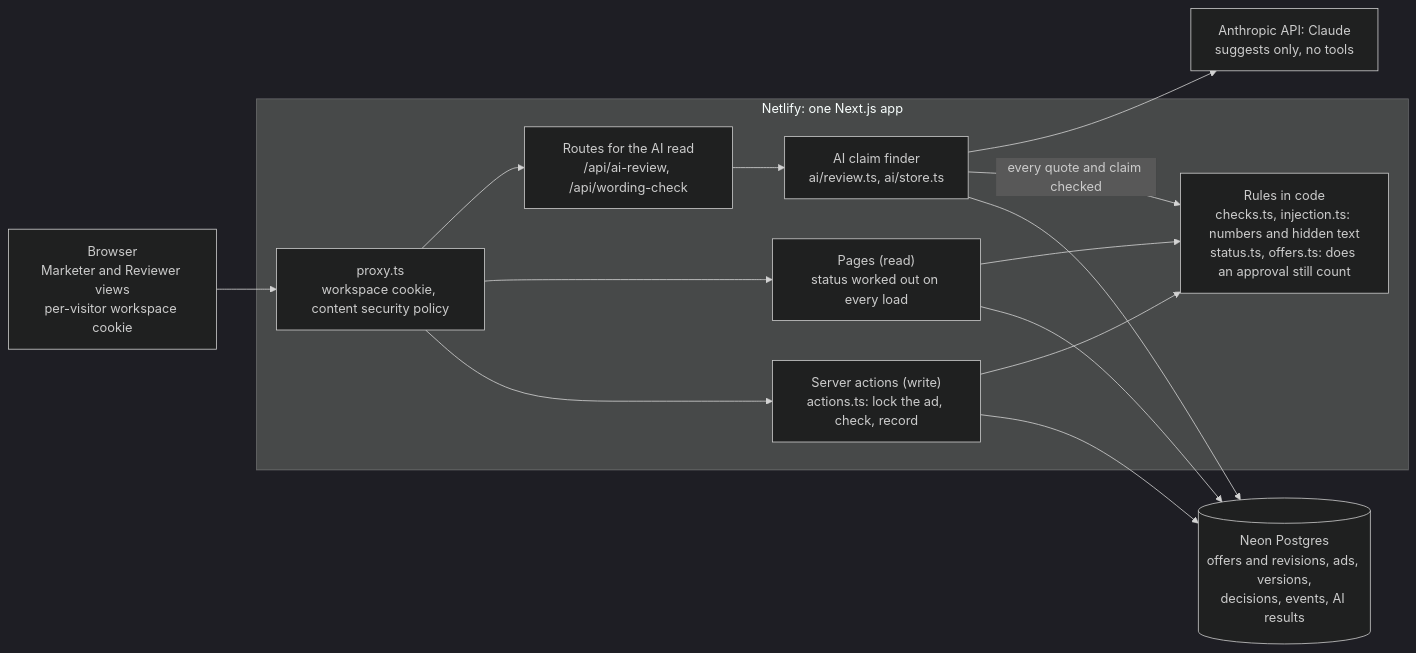
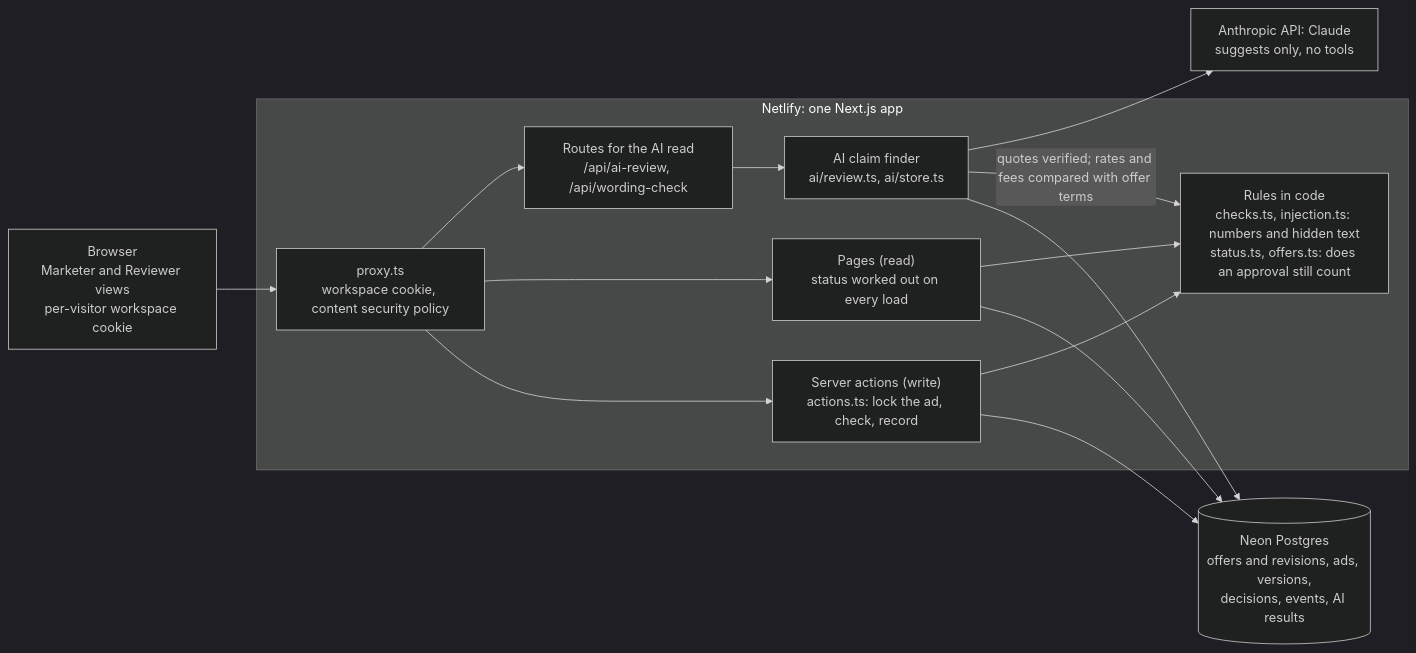
One commit to TesCoder/clearpath-review-desk changed the diagram in README.md. Above: the diagram before and after it, drawn with Mermaid (dark theme). The commit also changed other lines of this file, not shown here.

Commit message:
Say exactly what code checks in the model's output
The diagram's arrow from the AI claim finder read "every quote and claim
checked". Code does two narrower things: it confirms each quoted passage is
in the ad, and it compares rates and fees with the offer terms. Wording
such as "everyone qualifies" is still the reviewer's to judge. The arrow
and the sentence under the diagram now say that. README only.

````diff
--- a/README.md
+++ b/README.md
@@ -269,25 +269,25 @@
 ```mermaid
 flowchart LR
   B["Browser<br/>Marketer and Reviewer views<br/>per-visitor workspace cookie"]
   LLM["Anthropic API: Claude<br/>suggests only, no tools"]
   subgraph N["Netlify: one Next.js app"]
     P["proxy.ts<br/>workspace cookie, content security policy"]
     API["Routes for the AI read<br/>/api/ai-review, /api/wording-check"]
     AI["AI claim finder<br/>ai/review.ts, ai/store.ts"]
     PG["Pages (read)<br/>status worked out on every load"]
     SA["Server actions (write)<br/>actions.ts: lock the ad, check, record"]
     RULES["Rules in code<br/>checks.ts, injection.ts: numbers and hidden text<br/>status.ts, offers.ts: does an approval still count"]
   end
   DB[("Neon Postgres<br/>offers and revisions, ads, versions,<br/>decisions, events, AI results")]
   B --> P
   P --> API --> AI
   AI --> LLM
   P --> PG
   P --> SA
-  AI -- "every quote and claim checked" --> RULES
+  AI -- "quotes verified; rates and fees compared with offer terms" --> RULES
   PG --> RULES
   SA --> RULES
   AI --> DB
   PG --> DB
   SA --> DB
 ```
````
